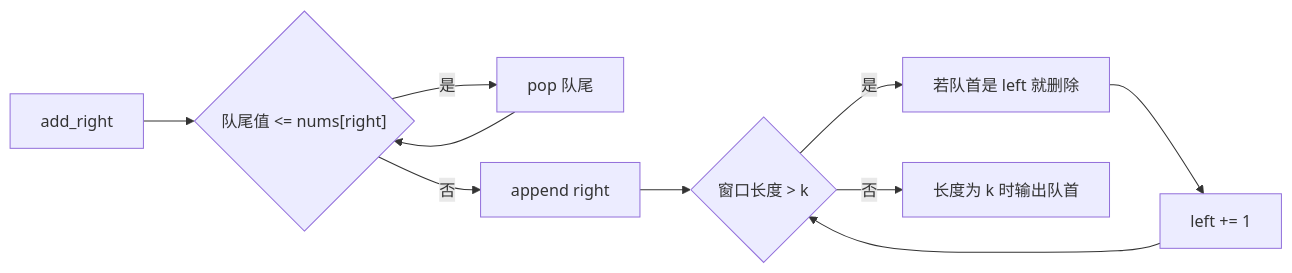
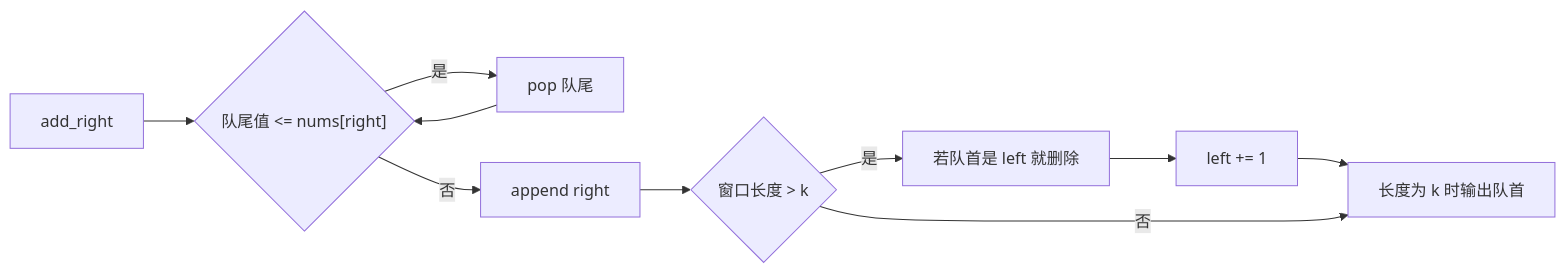
The third of 3 diagrams in notes/Leetcode/CoreSkills29 Sliding Window.md (CurryTang/mlphdinterview), drawn with Mermaid before and after one commit. The commit also changed other lines of this file and 2 other files, not shown here.

````diff
--- a/notes/Leetcode/CoreSkills29 Sliding Window.md
+++ b/notes/Leetcode/CoreSkills29 Sliding Window.md
@@ -435,12 +482,12 @@
 ```mermaid
 flowchart LR
   A["add_right"] --> B{"队尾值 <= nums[right]"}
   B -->|是| C["pop 队尾"]
   C --> B
   B -->|否| D["append right"]
   D --> E{"窗口长度 > k"}
   E -->|是| F["若队首是 left 就删除"]
   F --> G["left += 1"]
-  G --> E
+  G --> H
   E -->|否| H["长度为 k 时输出队首"]
 ```
````
